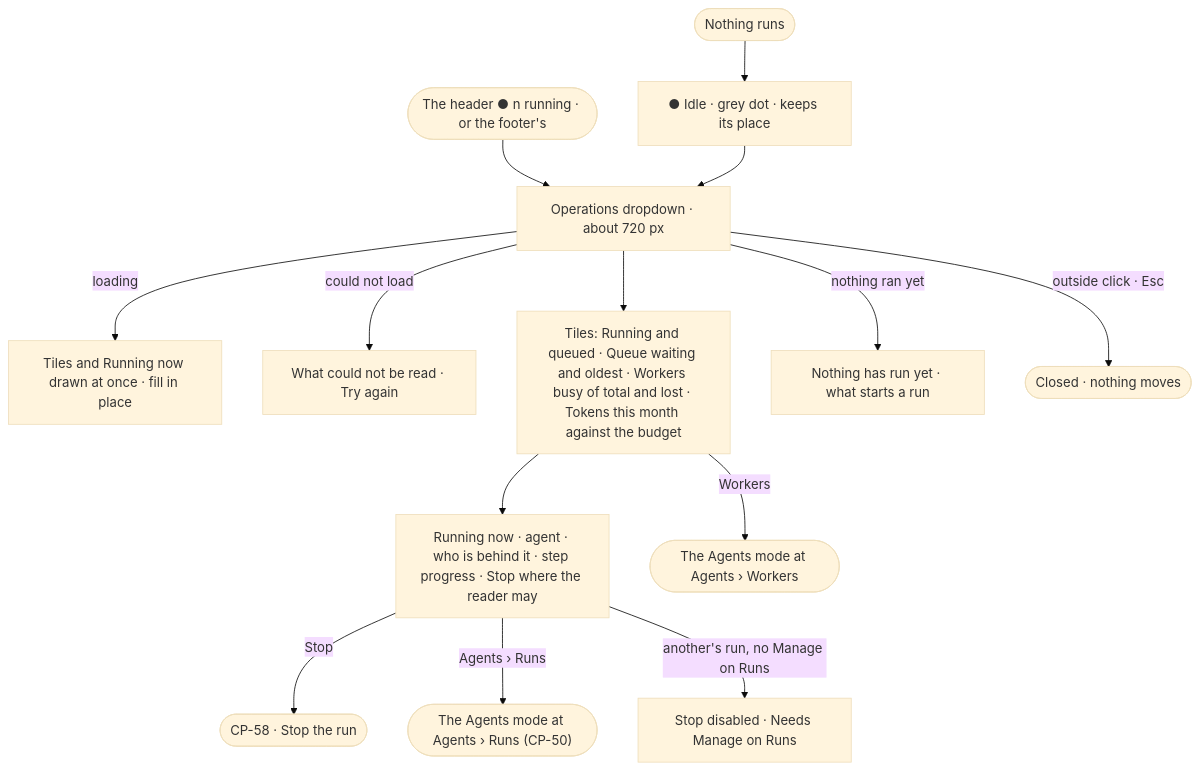
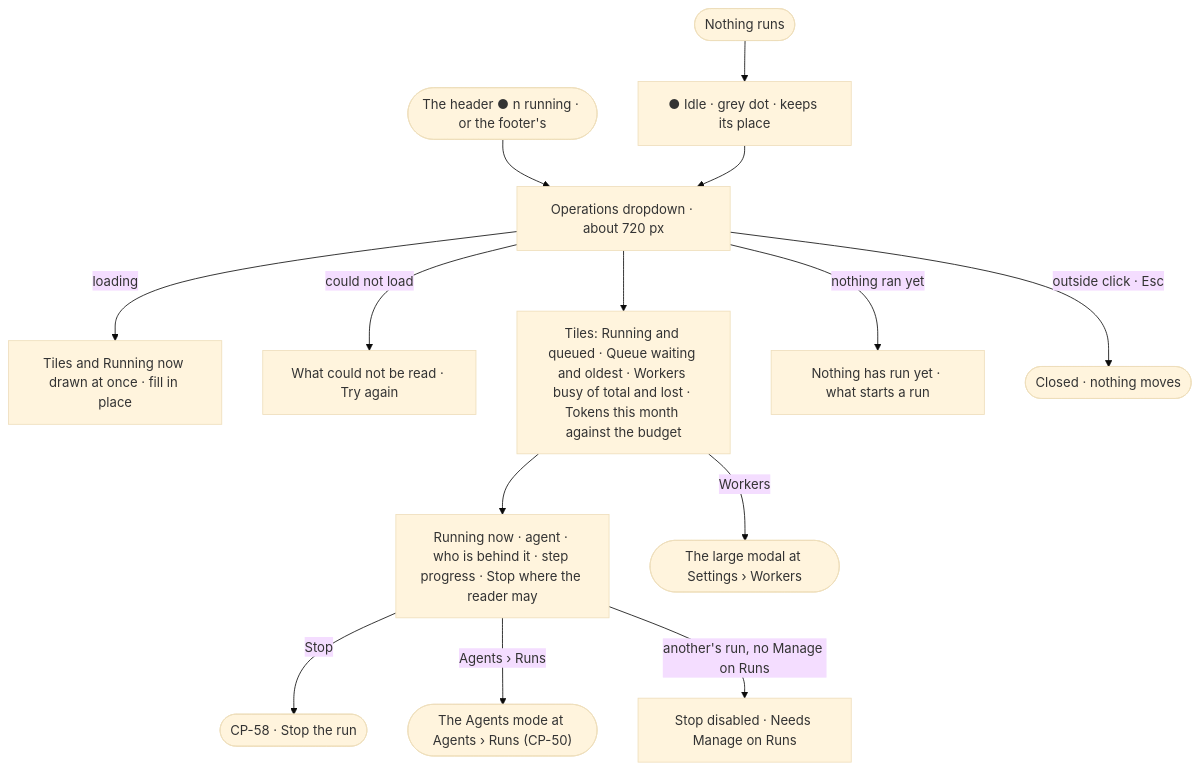
Before and after one commit to invana/invana: the diagram in specs/os/control/features/CP-F09-overview/stories/CP-70-see-what-the-deployment-is-doing-from-the-header/story.md, drawn with Mermaid (base theme). The commit also changed other lines of this file and 43 other files, not shown here.

First line of the commit message:
docs(specs): Agents mode keeps work; Plugins, Fleet, Workers move to Settings

````diff
--- a/specs/os/control/features/CP-F09-overview/stories/CP-70-see-what-the-deployment-is-doing-from-the-header/story.md
+++ b/specs/os/control/features/CP-F09-overview/stories/CP-70-see-what-the-deployment-is-doing-from-the-header/story.md
@@ -26,15 +26,15 @@
 ```mermaid
 flowchart TD
   h([The header ● n running · or the footer's]) --> d["Operations dropdown · about 720 px"]
   f([Nothing runs]) --> idle["● Idle · grey dot · keeps its place"] --> d
   d -->|loading| ld["Tiles and Running now drawn at once · fill in place"]
   d -->|could not load| fl["What could not be read · Try again"]
   d --> t["Tiles: Running and queued · Queue waiting and oldest · Workers busy of total and lost · Tokens this month against the budget"]
   t --> run["Running now · agent · who is behind it · step progress · Stop where the reader may"]
   run -->|Stop| st(["CP-58 · Stop the run"])
   run -->|Agents › Runs| ar(["The Agents mode at Agents › Runs (CP-50)"])
-  t -->|Workers| so(["The Agents mode at Agents › Workers"])
+  t -->|Workers| so(["The large modal at Settings › Workers"])
   run -->|another's run, no Manage on Runs| ns["Stop disabled · Needs Manage on Runs"]
   d -->|nothing ran yet| e["Nothing has run yet · what starts a run"]
   d -->|outside click · Esc| x(["Closed · nothing moves"])
 ```
````
